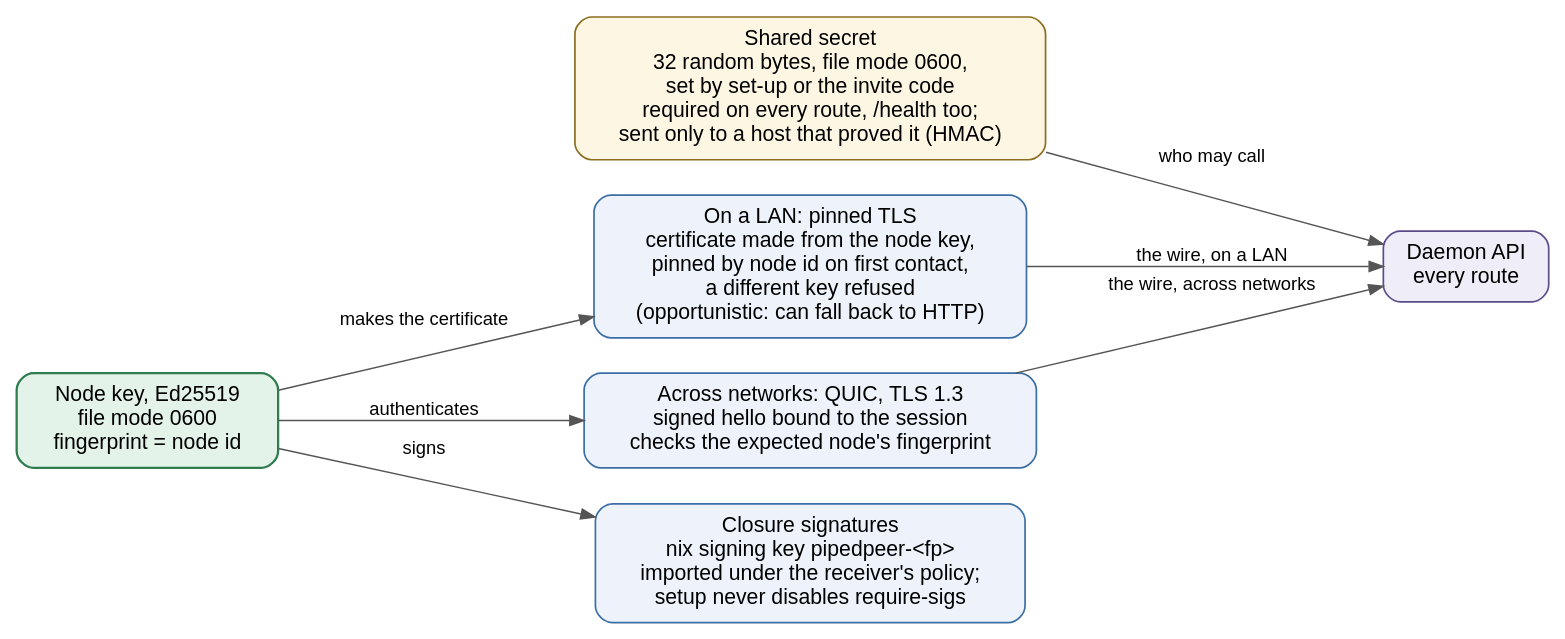
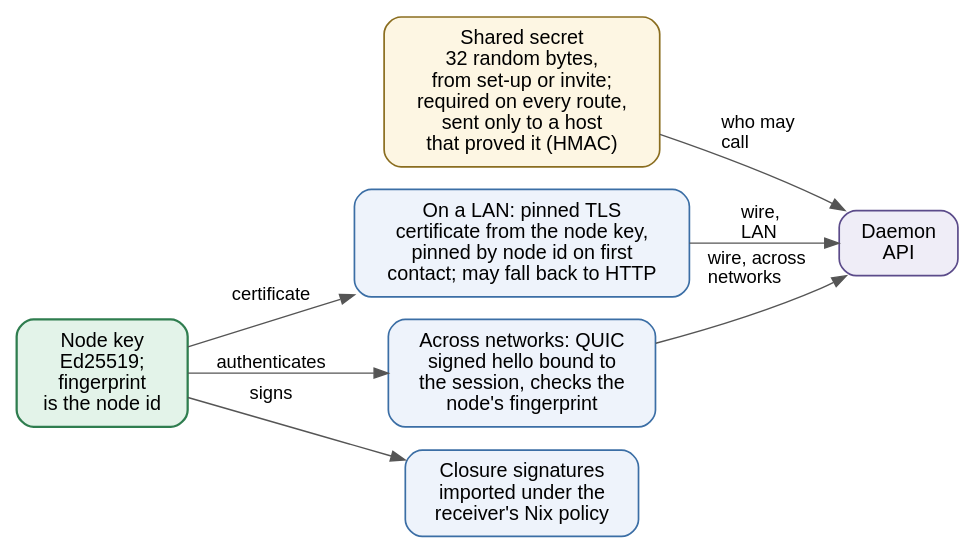
Before and after one commit to vinayakyadav2709/Pipedpeer: the diagram in docs/diagrams/src/fig_4.2_trust.dot, drawn with Graphviz. The commit also changed 49 other files, not shown here.

```diff
--- a/docs/diagrams/src/fig_4.2_trust.dot
+++ b/docs/diagrams/src/fig_4.2_trust.dot
@@ -1,22 +1,22 @@
 // Figure 4.2 - The three layers of trust, and the one node key behind the wire
 // layers and the closure signatures.
 digraph Trust {
-  rankdir=LR; bgcolor="white"; nodesep=0.35; ranksep=0.7;
-  node [fontname="Helvetica", fontsize=15, shape=box, style="rounded,filled",
+  rankdir=LR; bgcolor="white"; nodesep=0.22; ranksep=0.35;
+  node [fontname="Helvetica", fontsize=14, shape=box, style="rounded,filled",
         fillcolor="#eef3fb", color="#3b6ea5", penwidth=1.2, margin="0.18,0.11"];
   edge [fontname="Helvetica", fontsize=13, color="#555555"];
 
-  tok  [label="Shared secret\n32 random bytes, file mode 0600,\nset by set-up or the invite code\nrequired on every route, /health too;\nsent only to a host that proved it (HMAC)", fillcolor="#fdf6e3", color="#8a6d1f"];
-  tls  [label="On a LAN: pinned TLS\ncertificate made from the node key,\npinned by node id on first contact,\na different key refused\n(opportunistic: can fall back to HTTP)"];
-  quic [label="Across networks: QUIC, TLS 1.3\nsigned hello bound to the session\nchecks the expected node's fingerprint"];
-  key  [label="Node key, Ed25519\nfile mode 0600\nfingerprint = node id", fillcolor="#e3f3e9", color="#2f7d4f", penwidth=1.6];
-  sig  [label="Closure signatures\nnix signing key pipedpeer-<fp>\nimported under the receiver's policy;\nsetup never disables require-sigs"];
-  api  [label="Daemon API\nevery route", fillcolor="#efedf7", color="#5b4b8a"];
+  tok  [label="Shared secret\n32 random bytes,\nfrom set-up or invite;\nrequired on every route,\nsent only to a host\nthat proved it (HMAC)", fillcolor="#fdf6e3", color="#8a6d1f"];
+  tls  [label="On a LAN: pinned TLS\ncertificate from the node key,\npinned by node id on first\ncontact; may fall back to HTTP"];
+  quic [label="Across networks: QUIC\nsigned hello bound to\nthe session, checks the\nnode's fingerprint"];
+  key  [label="Node key\nEd25519;\nfingerprint\nis the node id", fillcolor="#e3f3e9", color="#2f7d4f", penwidth=1.6];
+  sig  [label="Closure signatures\nimported under the\nreceiver's Nix policy"];
+  api  [label="Daemon\nAPI", fillcolor="#efedf7", color="#5b4b8a"];
 
-  tok -> api [label="  who may call  "];
-  tls -> api [label="  the wire, on a LAN  "];
-  quic -> api [label="  the wire, across networks  "];
-  key -> quic [label="  authenticates  "];
-  key -> tls [label="  makes the certificate  "];
-  key -> sig [label="  signs  "];
+  tok -> api [label="who may\lcall\l"];
+  tls -> api [label="wire,\lLAN\l"];
+  quic -> api [label="wire, across\lnetworks\l"];
+  key -> quic [label="authenticates"];
+  key -> tls [label="certificate"];
+  key -> sig [label="signs"];
 }
```
